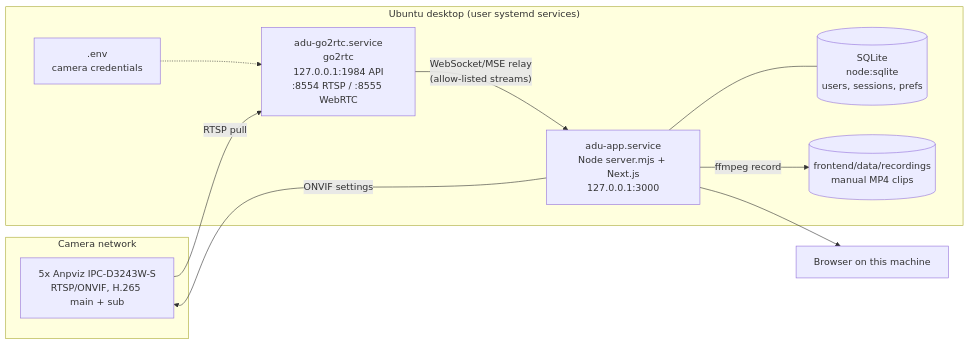
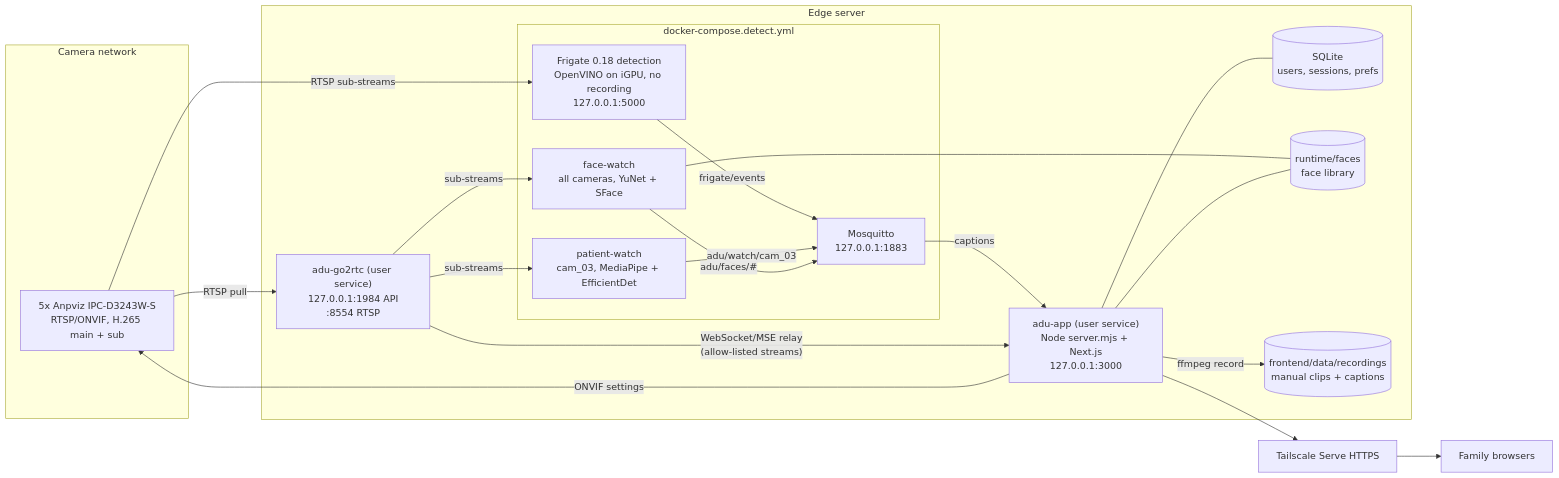
The first of 12 diagrams in docs/home-automation-architecture.md (abdullahw1/adu-smart-system), drawn with Mermaid before and after one commit. The commit also changed other lines of this file and 6 other files, not shown here.

````diff
--- a/docs/home-automation-architecture.md
+++ b/docs/home-automation-architecture.md
@@ -48,22 +51,36 @@
 ```mermaid
 flowchart LR
     subgraph CAMS["Camera network"]
         C1["5x Anpviz IPC-D3243W-S<br/>RTSP/ONVIF, H.265 main + sub"]
     end
 
-    subgraph HOST["Ubuntu desktop (user systemd services)"]
-        G["adu-go2rtc.service<br/>go2rtc<br/>127.0.0.1:1984 API<br/>:8554 RTSP / :8555 WebRTC"]
-        A["adu-app.service<br/>Node server.mjs + Next.js<br/>127.0.0.1:3000"]
-        DB[("SQLite<br/>node:sqlite<br/>users, sessions, prefs")]
-        REC[("frontend/data/recordings<br/>manual MP4 clips")]
-        ENV[".env<br/>camera credentials"]
+    subgraph HOST["Edge server"]
+        G["adu-go2rtc (user service)<br/>127.0.0.1:1984 API<br/>:8554 RTSP"]
+        A["adu-app (user service)<br/>Node server.mjs + Next.js<br/>127.0.0.1:3000"]
+        subgraph DET["docker-compose.detect.yml"]
+            F["Frigate 0.18 detection<br/>OpenVINO on iGPU, no recording<br/>127.0.0.1:5000"]
+            MQ["Mosquitto<br/>127.0.0.1:1883"]
+            PW["patient-watch<br/>cam_03, MediaPipe + EfficientDet"]
+            FW["face-watch<br/>all cameras, YuNet + SFace"]
+        end
+        DB[("SQLite<br/>users, sessions, prefs")]
+        LIB[("runtime/faces<br/>face library")]
+        REC[("frontend/data/recordings<br/>manual clips + captions")]
     end
 
     C1 -- "RTSP pull" --> G
-    ENV -.-> G
+    C1 -- "RTSP sub-streams" --> F
+    G -- "sub-streams" --> PW
+    G -- "sub-streams" --> FW
+    F -- "frigate/events" --> MQ
+    PW -- "adu/watch/cam_03" --> MQ
+    FW -- "adu/faces/#" --> MQ
+    FW --- LIB
+    MQ -- "captions" --> A
     G -- "WebSocket/MSE relay<br/>(allow-listed streams)" --> A
     A --- DB
+    A --- LIB
     A -- "ffmpeg record" --> REC
     A -- "ONVIF settings" --> C1
-    A --> BROWSER["Browser on this machine"]
+    A --> TS["Tailscale Serve HTTPS"] --> BROWSER["Family browsers"]
 ```
````
